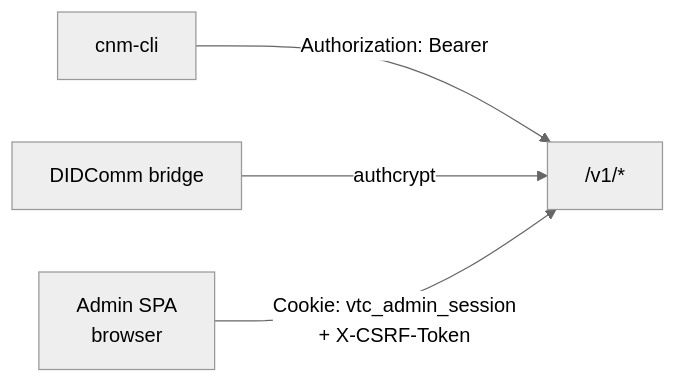
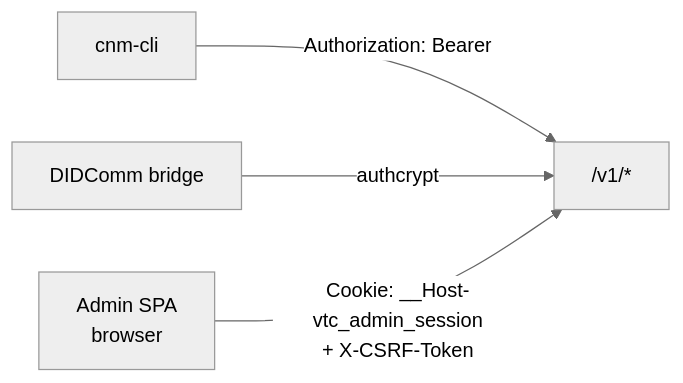
One commit to OpenVTC/verifiable-trust-infrastructure changed the fifth of 6 diagrams in docs/03-vtc/website-and-admin.md. Above: the diagram before and after it, drawn with Mermaid (neutral theme). The commit also changed other lines of this file and 17 other files, not shown here.

````diff
--- a/docs/03-vtc/website-and-admin.md
+++ b/docs/03-vtc/website-and-admin.md
@@ -729,6 +729,6 @@
 ```mermaid
 graph LR
     cli[cnm-cli] -->|Authorization: Bearer| api["/v1/*"]
     dc[DIDComm bridge] -->|authcrypt| api
-    spa[Admin SPA<br/>browser] -->|Cookie: vtc_admin_session<br/>+ X-CSRF-Token| api
+    spa[Admin SPA<br/>browser] -->|Cookie: __Host-vtc_admin_session<br/>+ X-CSRF-Token| api
 ```
````
